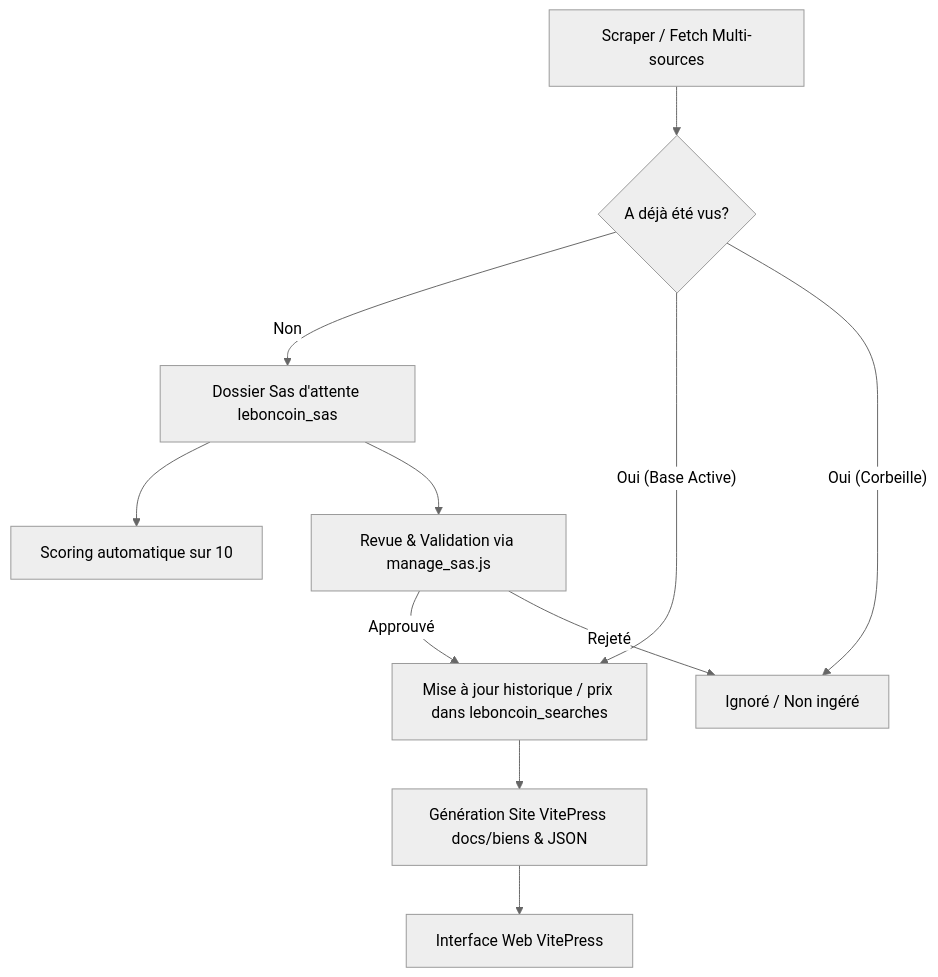
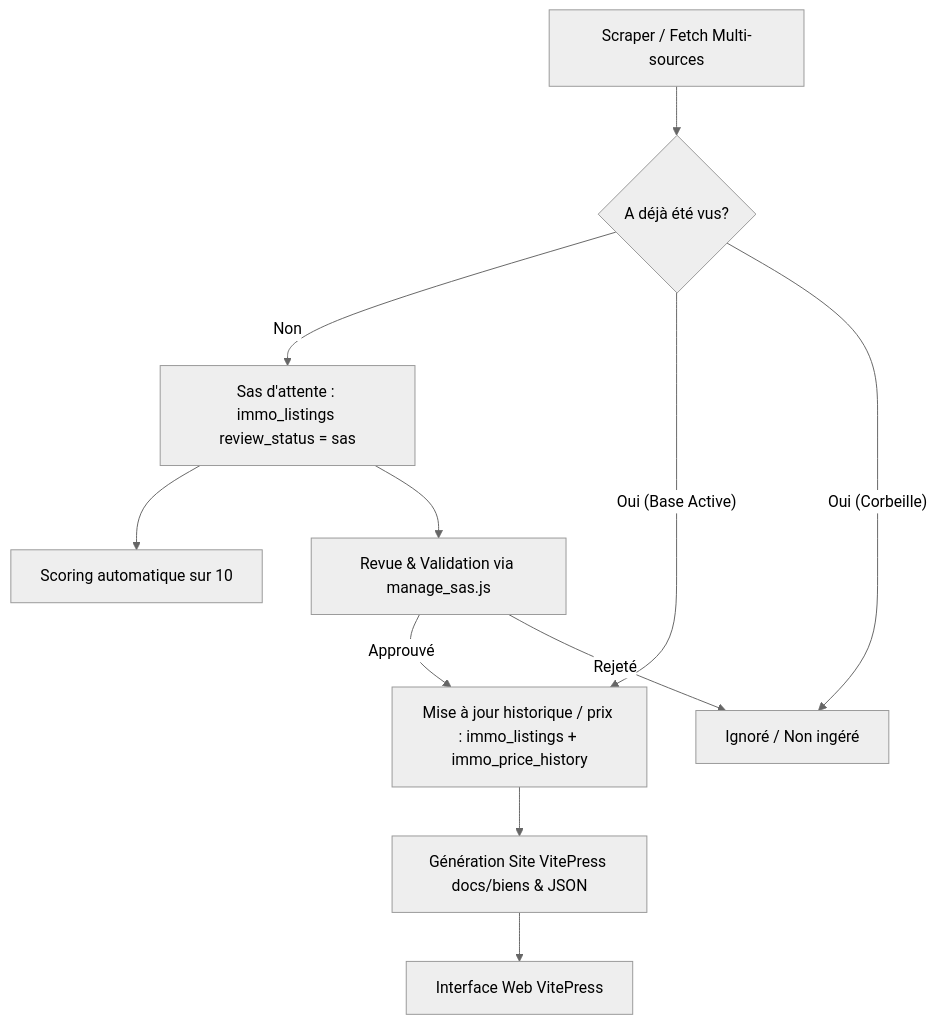
One commit to tristanlenours/immoBrest changed the diagram in .agents/AGENTS.md. Above: the diagram before and after it, drawn with Mermaid (neutral theme). The commit also changed other lines of this file and 39 other files, not shown here.

````diff
--- a/.agents/AGENTS.md
+++ b/.agents/AGENTS.md
@@ -73,15 +77,15 @@
 ```mermaid
 flowchart TD
     A[Scraper / Fetch Multi-sources] --> B{A déjà été vus?}
-    B -- Non --> C[Dossier Sas d'attente leboncoin_sas]
-    B -- Oui (Base Active) --> D[Mise à jour historique / prix dans leboncoin_searches]
+    B -- Non --> C[Sas d'attente : immo_listings review_status = sas]
+    B -- Oui (Base Active) --> D[Mise à jour historique / prix : immo_listings + immo_price_history]
     B -- Oui (Corbeille) --> E[Ignoré / Non ingéré]
     
     C --> F[Scoring automatique sur 10]
     C --> G[Revue & Validation via manage_sas.js]
     G -- Approuvé --> D
     G -- Rejeté --> E
     
     D --> H[Génération Site VitePress docs/biens & JSON]
     H --> I[Interface Web VitePress]
 ```
````
